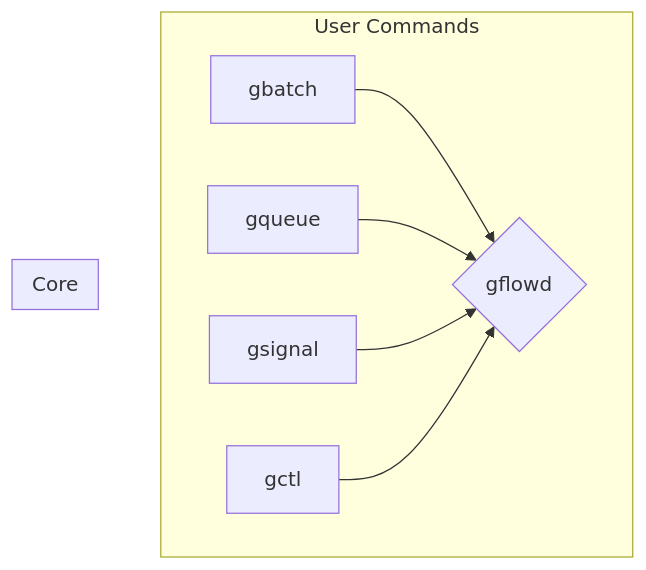
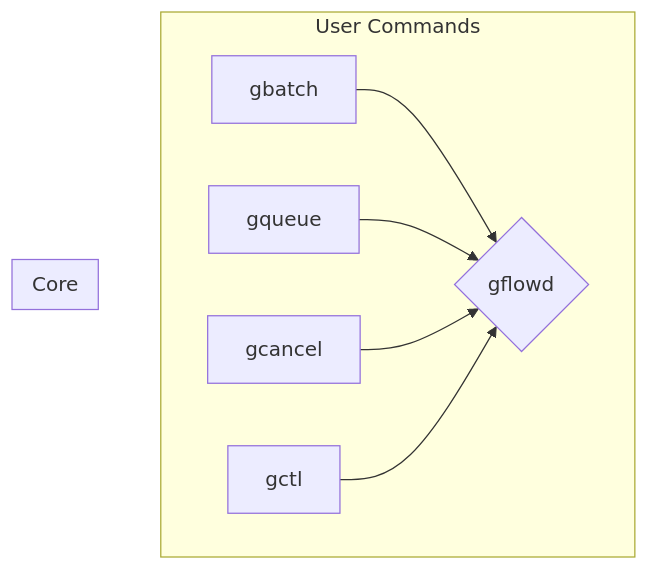
The diagram in DESIGN.md (AndPuQing/gflow), drawn with Mermaid before and after one commit. The commit also changed other lines of this file and 7 other files, not shown here.

Commit message:
refactor: rename gsignal to gcancel and update job state management

````diff
--- a/DESIGN.md
+++ b/DESIGN.md
@@ -17,13 +17,13 @@
 ```mermaid
 graph TD
     subgraph User Commands
         A[gbatch] --> C{gflowd}
         B[gqueue] --> C
-        D[gsignal] --> C
+        D[gcancel] --> C
         F[gctl] --> C
     end
 
     subgraph Core
         C
     end
 ```
````
